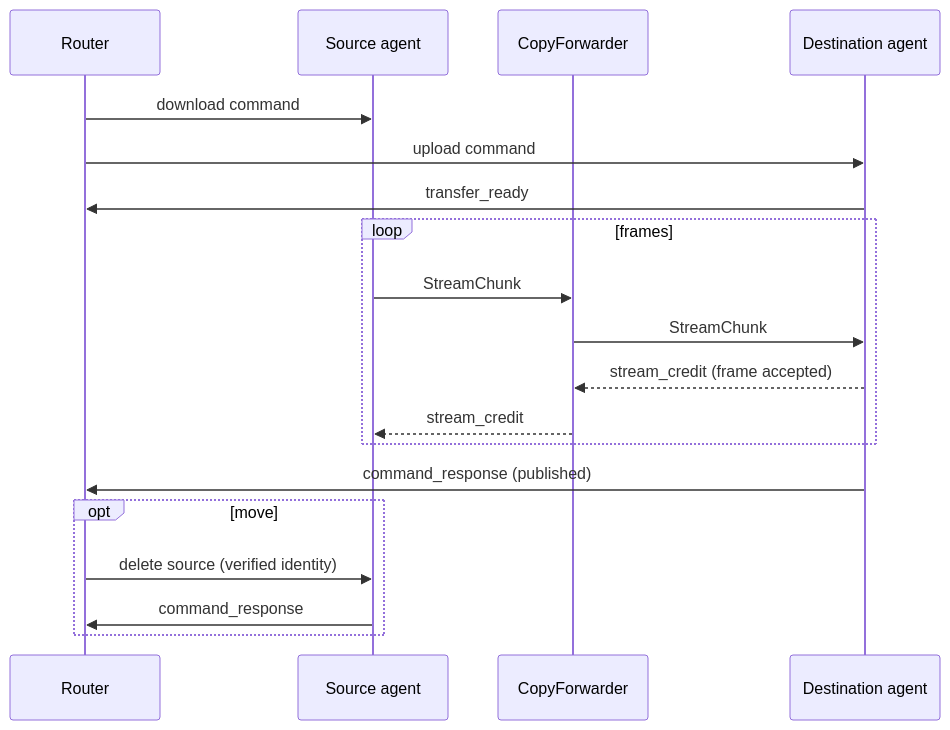
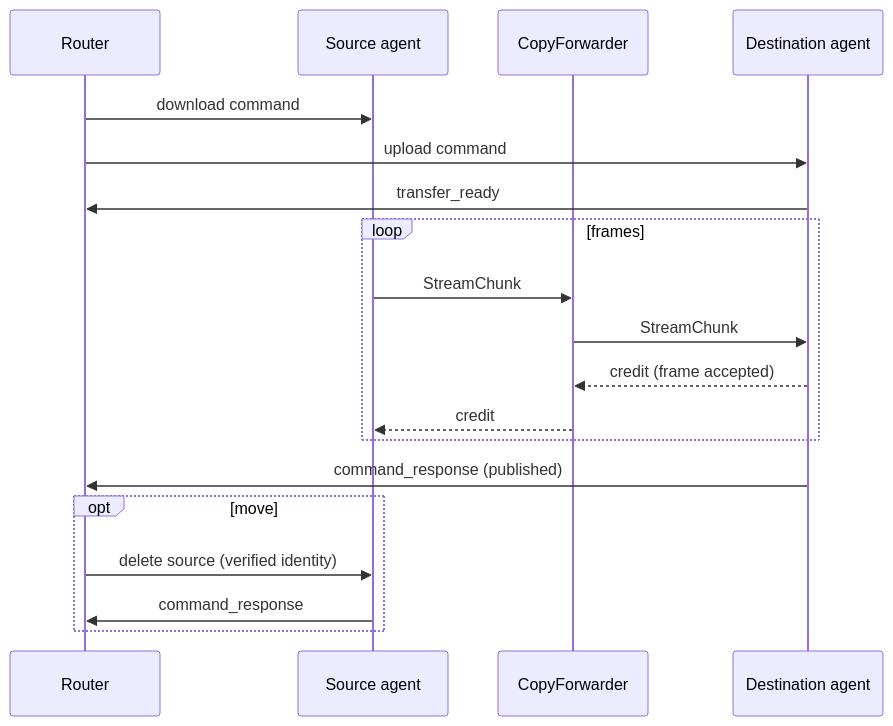
Before and after one commit to FruitieX/redoor: the ninth of 10 diagrams in ARCHITECTURE.md, drawn with Mermaid. The commit also changed other lines of this file and 62 other files, not shown here.

````diff
--- a/ARCHITECTURE.md
+++ b/ARCHITECTURE.md
@@ -403,22 +435,22 @@
 ```mermaid
 sequenceDiagram
     participant R as Router
     participant S as Source agent
     participant F as CopyForwarder
     participant D as Destination agent
 
     R->>S: download command
     R->>D: upload command
     D->>R: transfer_ready
     loop frames
         S->>F: StreamChunk
         F->>D: StreamChunk
-        D-->>F: stream_credit (frame accepted)
-        F-->>S: stream_credit
+        D-->>F: credit (frame accepted)
+        F-->>S: credit
     end
     D->>R: command_response (published)
     opt move
         R->>S: delete source (verified identity)
         S->>R: command_response
     end
 ```
````
